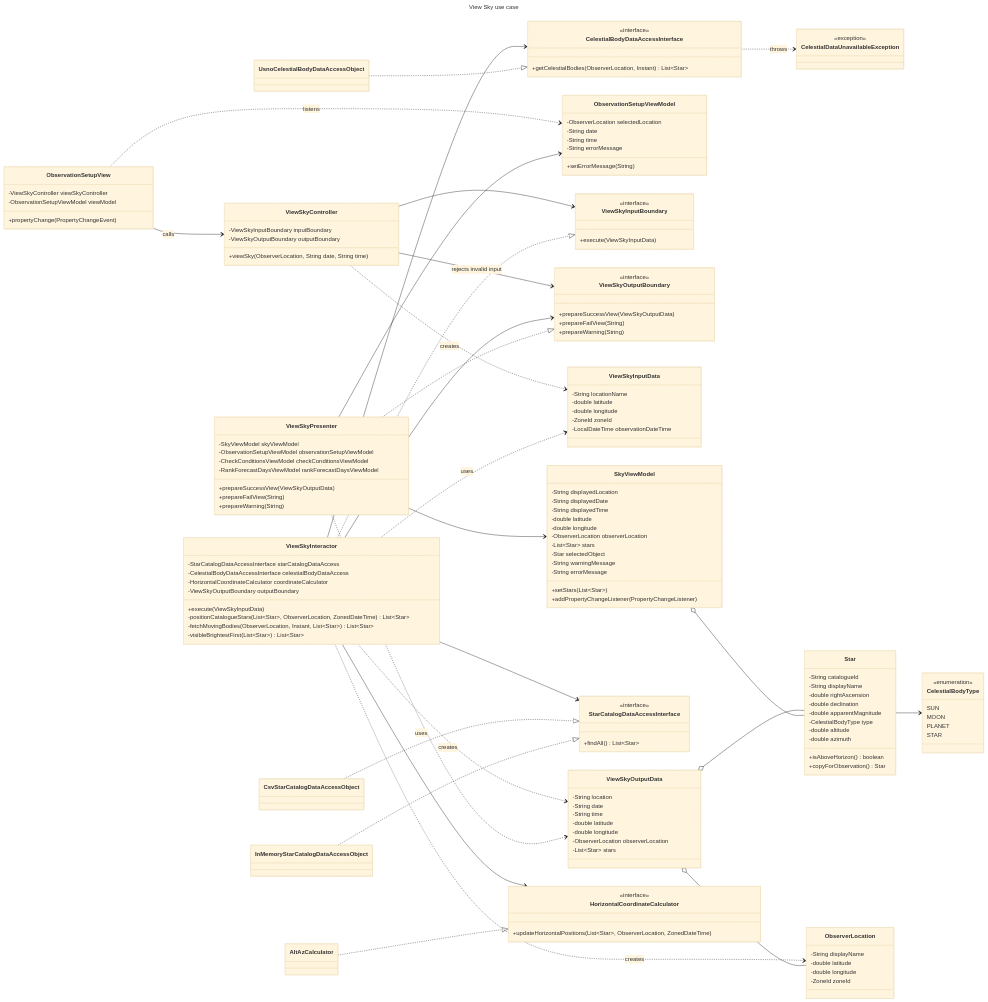
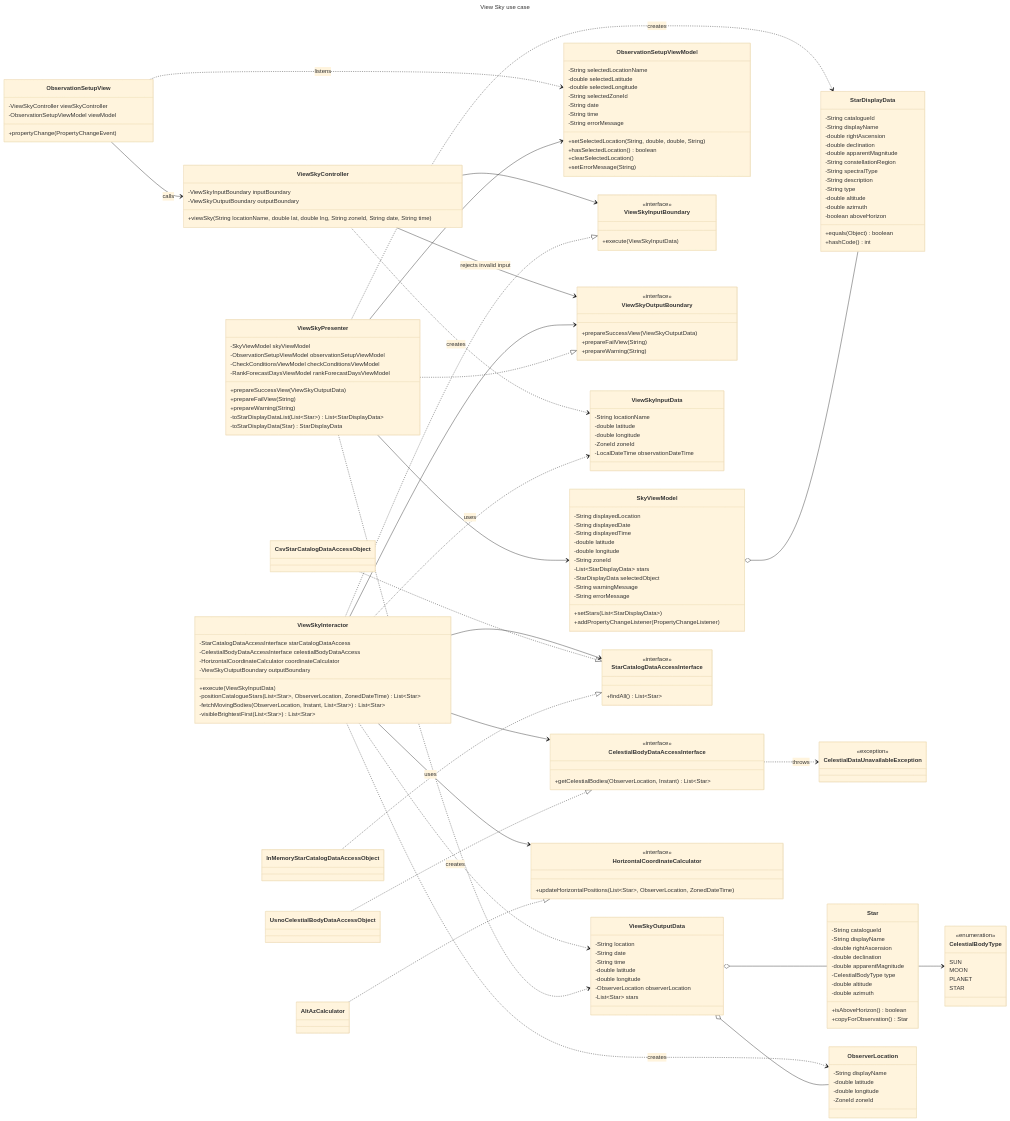
Before and after one commit to raycesu/Halo: the diagram in docs/uml/view_sky.mmd, drawn with Mermaid (base theme). The commit also changed 27 other files, not shown here.

Commit message:
fixed DIP and updated UML diagrams

```diff
--- a/docs/uml/view_sky.mmd
+++ b/docs/uml/view_sky.mmd
@@ -15,7 +15,7 @@
 class ViewSkyController {
   -ViewSkyInputBoundary inputBoundary
   -ViewSkyOutputBoundary outputBoundary
-  +viewSky(ObserverLocation, String date, String time)
+  +viewSky(String locationName, double lat, double lng, String zoneId, String date, String time)
 }
 
 class ViewSkyPresenter {
@@ -26,6 +26,25 @@
   +prepareSuccessView(ViewSkyOutputData)
   +prepareFailView(String)
   +prepareWarning(String)
+  -toStarDisplayDataList(List~Star~) List~StarDisplayData~
+  -toStarDisplayData(Star) StarDisplayData
+}
+
+class StarDisplayData {
+  -String catalogueId
+  -String displayName
+  -double rightAscension
+  -double declination
+  -double apparentMagnitude
+  -String constellationRegion
+  -String spectralType
+  -String description
+  -String type
+  -double altitude
+  -double azimuth
+  -boolean aboveHorizon
+  +equals(Object) boolean
+  +hashCode() int
 }
 
 class SkyViewModel {
@@ -34,20 +53,26 @@
   -String displayedTime
   -double latitude
   -double longitude
-  -ObserverLocation observerLocation
-  -List~Star~ stars
-  -Star selectedObject
+  -String zoneId
+  -List~StarDisplayData~ stars
+  -StarDisplayData selectedObject
   -String warningMessage
   -String errorMessage
-  +setStars(List~Star~)
+  +setStars(List~StarDisplayData~)
   +addPropertyChangeListener(PropertyChangeListener)
 }
 
 class ObservationSetupViewModel {
-  -ObserverLocation selectedLocation
+  -String selectedLocationName
+  -double selectedLatitude
+  -double selectedLongitude
+  -String selectedZoneId
   -String date
   -String time
   -String errorMessage
+  +setSelectedLocation(String, double, double, String)
+  +hasSelectedLocation() boolean
+  +clearSelectedLocation()
   +setErrorMessage(String)
 }
 
@@ -169,6 +194,7 @@
 ViewSkyPresenter --> SkyViewModel
 ViewSkyPresenter --> ObservationSetupViewModel
 ViewSkyPresenter ..> ViewSkyOutputData : uses
+ViewSkyPresenter ..> StarDisplayData : creates
 
 CsvStarCatalogDataAccessObject ..|> StarCatalogDataAccessInterface
 InMemoryStarCatalogDataAccessObject ..|> StarCatalogDataAccessInterface
@@ -177,5 +203,5 @@
 
 ViewSkyOutputData o-- Star
 ViewSkyOutputData o-- ObserverLocation
-SkyViewModel o-- Star
+SkyViewModel o-- StarDisplayData
 Star --> CelestialBodyType
```
